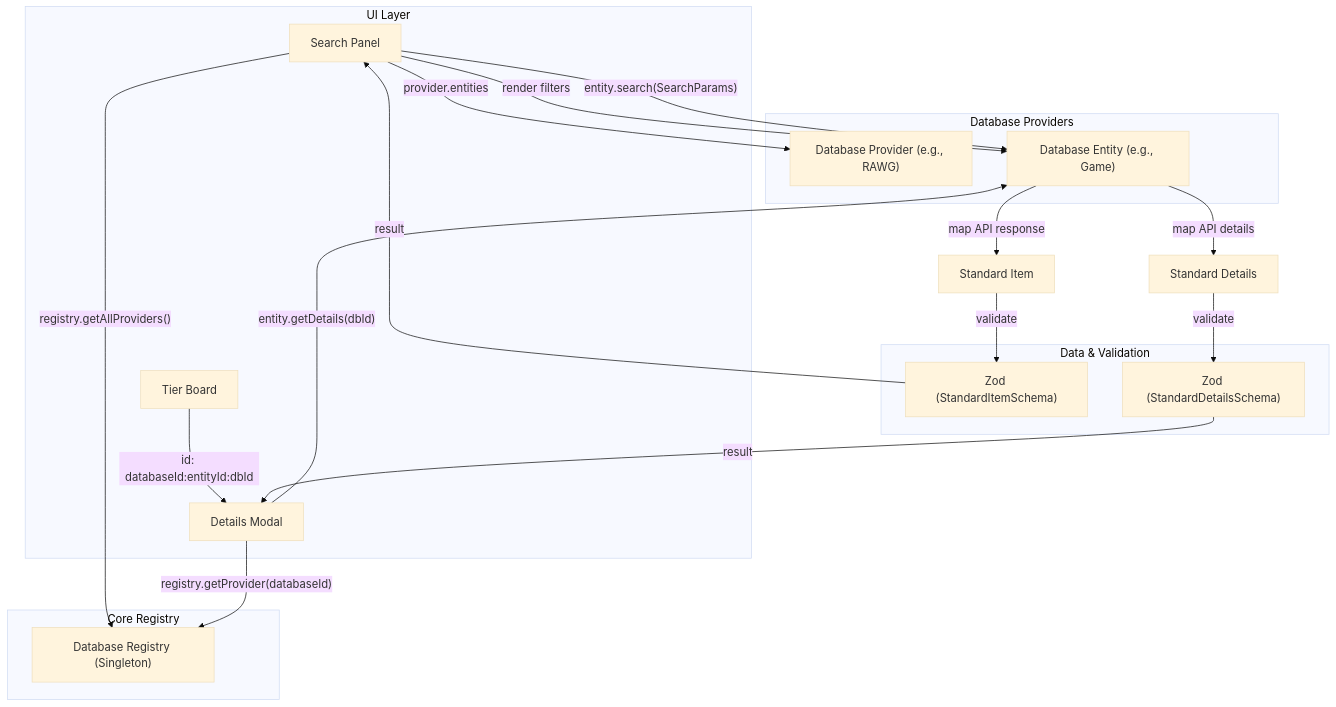
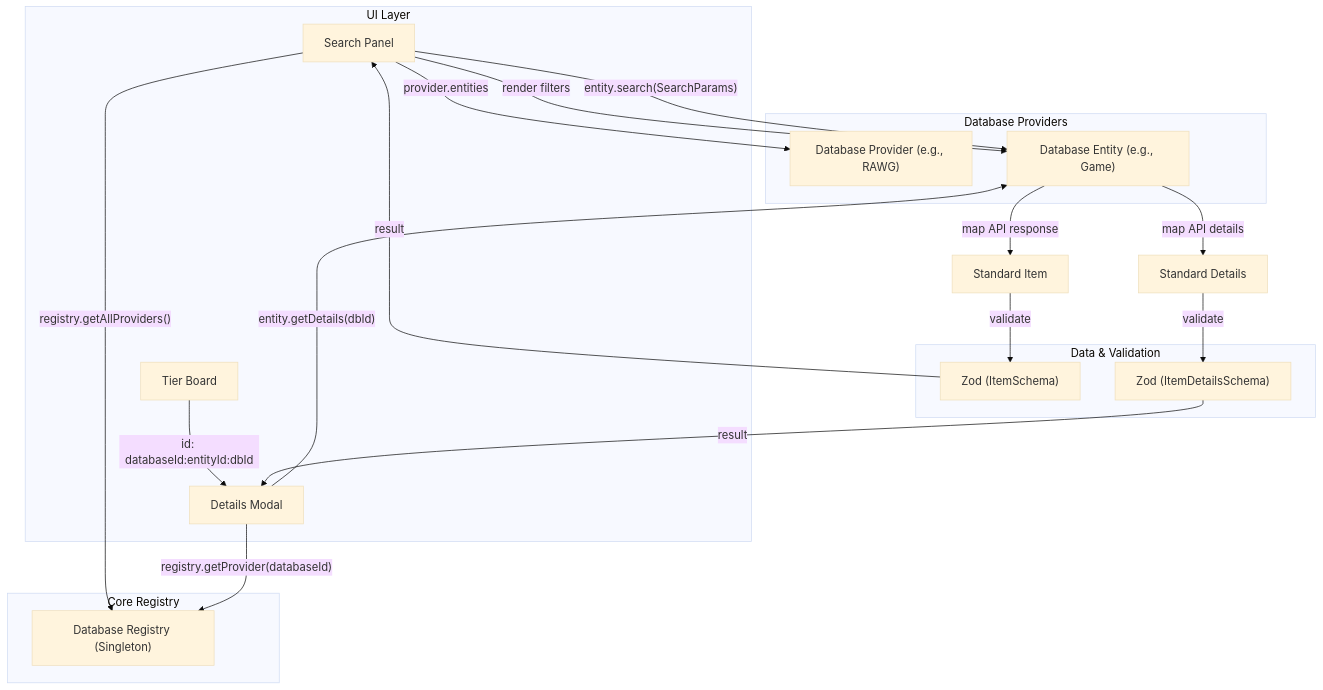
One commit to Kajiih/MOAT changed the second of 2 diagrams in docs/dev/database_v2_design.md. Above: the diagram before and after it, drawn with Mermaid (base theme). The commit also changed other lines of this file and 30 other files, not shown here.

````diff
--- a/docs/dev/database_v2_design.md
+++ b/docs/dev/database_v2_design.md
@@ -36,41 +36,41 @@
 ```mermaid
 flowchart TD
     subgraph UI ["UI Layer"]
         SearchPanel["Search Panel"]
         Board["Tier Board"]
         DetailsModal["Details Modal"]
     end
 
     subgraph Registry ["Core Registry"]
         DatabaseRegistry["Database Registry (Singleton)"]
     end
 
     subgraph Providers ["Database Providers"]
         DBP["Database Provider (e.g., RAWG)"]
         DBE["Database Entity (e.g., Game)"]
     end
 
     subgraph Validation ["Data & Validation"]
-        ZodStandard["Zod (StandardItemSchema)"]
-        ZodDetails["Zod (StandardDetailsSchema)"]
+        ZodStandard["Zod (ItemSchema)"]
+        ZodDetails["Zod (ItemDetailsSchema)"]
     end
 
     %% Discovery Flow
     SearchPanel -- "registry.getAllProviders()" --> DatabaseRegistry
     SearchPanel -- "provider.entities" --> DBP
     SearchPanel -- "render filters" --> DBE
 
     %% Search Flow
     SearchPanel -- "entity.search(SearchParams)" --> DBE
-    DBE -- "map API response" --> StandardItem["Standard Item"]
-    StandardItem -- "validate" --> ZodStandard
+    DBE -- "map API response" --> Item["Standard Item"]
+    Item -- "validate" --> ZodStandard
     ZodStandard -- "result" --> SearchPanel
 
     %% Details Flow
     Board -- "id: databaseId:entityId:dbId" --> DetailsModal
     DetailsModal -- "registry.getProvider(databaseId)" --> DatabaseRegistry
     DetailsModal -- "entity.getDetails(dbId)" --> DBE
-    DBE -- "map API details" --> StandardDetails["Standard Details"]
-    StandardDetails -- "validate" --> ZodDetails
+    DBE -- "map API details" --> ItemDetails["Standard Details"]
+    ItemDetails -- "validate" --> ZodDetails
     ZodDetails -- "result" --> DetailsModal
 ```
````
